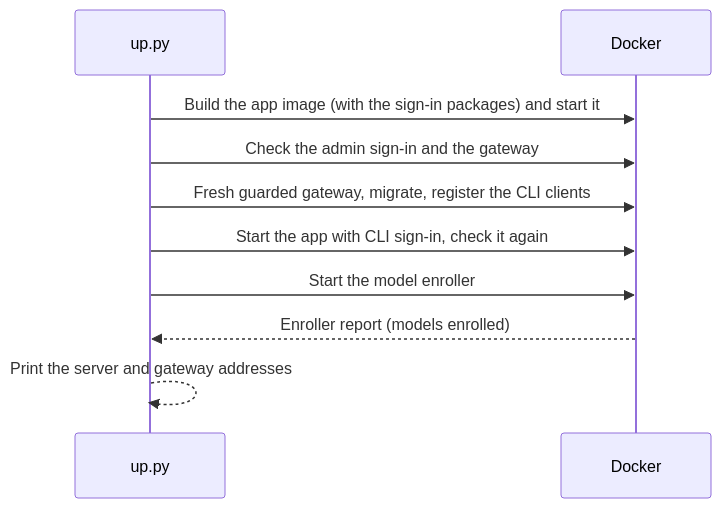
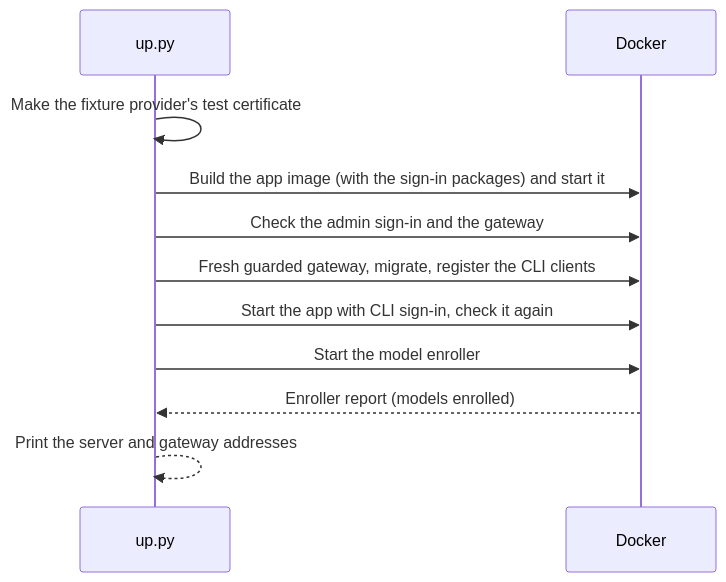
The diagram in docs/guide/local-preview.md (OsamaFelFel/keeplane), drawn with Mermaid before and after one commit. The commit also changed other lines of this file and 9 other files, not shown here.

First line of the commit message:
test(e2e): run own-key tasks on the preview's HTTPS fixture provider

````diff
--- a/docs/guide/local-preview.md
+++ b/docs/guide/local-preview.md
@@ -56,12 +58,13 @@
 ```mermaid
 sequenceDiagram
   participant L as up.py
   participant D as Docker
+  L->>L: Make the fixture provider's test certificate
   L->>D: Build the app image (with the sign-in packages) and start it
   L->>D: Check the admin sign-in and the gateway
   L->>D: Fresh guarded gateway, migrate, register the CLI clients
   L->>D: Start the app with CLI sign-in, check it again
   L->>D: Start the model enroller
   D-->>L: Enroller report (models enrolled)
   L-->>L: Print the server and gateway addresses
 ```
````
